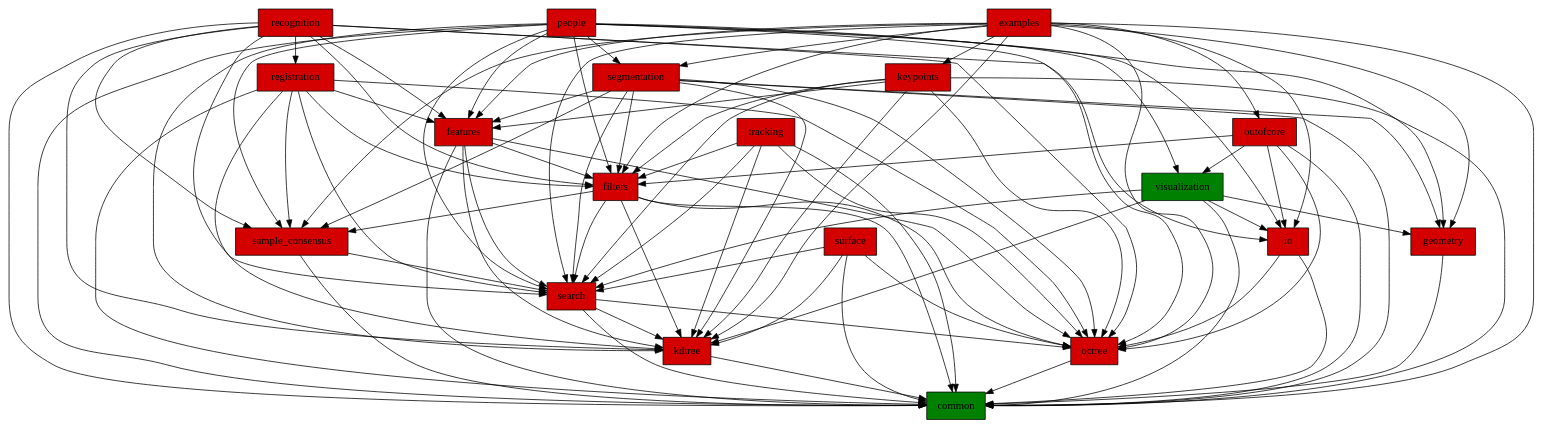
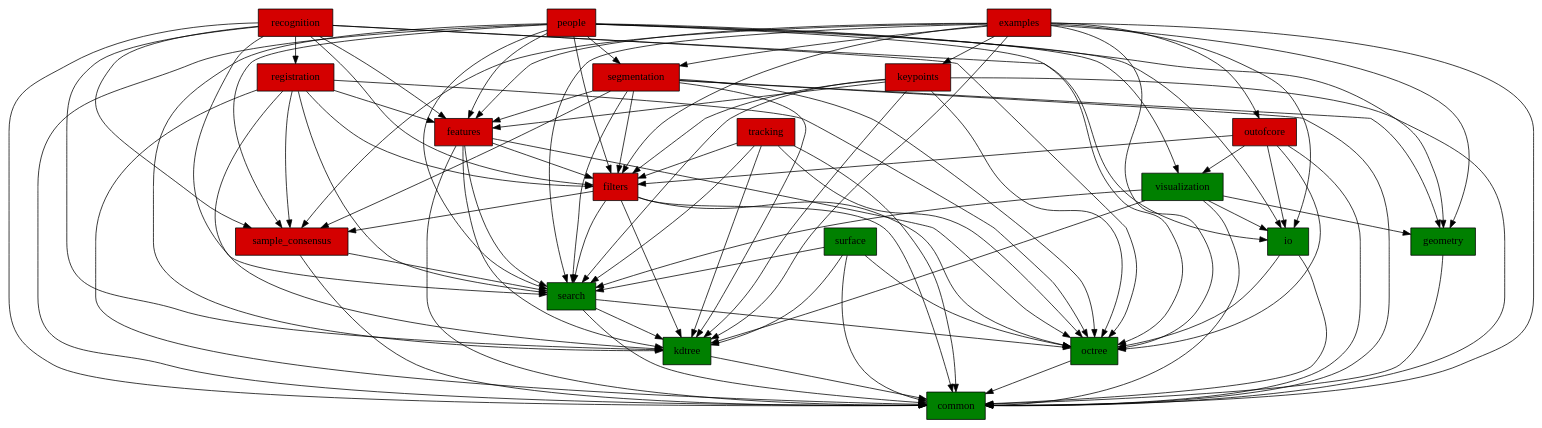
Before and after one commit to madmilla/THO78-Roborescue: the diagram in deps/pcl/src/pcl-pcl-1.7.2/pcl.dot, drawn with Graphviz. The commit also changed 246 other files, not shown here.

```diff
--- a/deps/pcl/src/pcl-pcl-1.7.2/pcl.dot
+++ b/deps/pcl/src/pcl-pcl-1.7.2/pcl.dot
@@ -1,113 +1,113 @@
 digraph pcl {
   "common" [style="filled" fillcolor="#008000" shape="box"];
-   "octree" [style="filled" fillcolor="#D40000" shape="box"];
+   "octree" [style="filled" fillcolor="#008000" shape="box"];
    "octree" -> "common";
-  "io" [style="filled" fillcolor="#D40000" shape="box"];
+  "io" [style="filled" fillcolor="#008000" shape="box"];
    "io" -> "common";
   "io" -> "octree";
-  "kdtree" [style="filled" fillcolor="#D40000" shape="box"];
+  "kdtree" [style="filled" fillcolor="#008000" shape="box"];
    "kdtree" -> "common";
-  "search" [style="filled" fillcolor="#D40000" shape="box"];
+  "search" [style="filled" fillcolor="#008000" shape="box"];
    "search" -> "common";
   "search" -> "kdtree";
   "search" -> "octree";
   "sample_consensus" [style="filled" fillcolor="#D40000" shape="box"];
    "sample_consensus" -> "common";
   "sample_consensus" -> "search";
   "filters" [style="filled" fillcolor="#D40000" shape="box"];
    "filters" -> "common";
   "filters" -> "sample_consensus";
   "filters" -> "search";
   "filters" -> "kdtree";
   "filters" -> "octree";
   "features" [style="filled" fillcolor="#D40000" shape="box"];
    "features" -> "common";
   "features" -> "search";
   "features" -> "kdtree";
   "features" -> "octree";
   "features" -> "filters";
   "registration" [style="filled" fillcolor="#D40000" shape="box"];
    "registration" -> "common";
   "registration" -> "octree";
   "registration" -> "kdtree";
   "registration" -> "search";
   "registration" -> "sample_consensus";
   "registration" -> "features";
   "registration" -> "filters";
   "recognition" [style="filled" fillcolor="#D40000" shape="box"];
    "recognition" -> "common";
   "recognition" -> "io";
   "recognition" -> "search";
   "recognition" -> "kdtree";
   "recognition" -> "octree";
   "recognition" -> "features";
   "recognition" -> "filters";
   "recognition" -> "registration";
   "recognition" -> "sample_consensus";
-  "geometry" [style="filled" fillcolor="#D40000" shape="box"];
+  "geometry" [style="filled" fillcolor="#008000" shape="box"];
    "geometry" -> "common";
   "segmentation" [style="filled" fillcolor="#D40000" shape="box"];
    "segmentation" -> "common";
   "segmentation" -> "geometry";
   "segmentation" -> "search";
   "segmentation" -> "sample_consensus";
   "segmentation" -> "kdtree";
   "segmentation" -> "octree";
   "segmentation" -> "features";
   "segmentation" -> "filters";
   "visualization" [style="filled" fillcolor="#008000" shape="box"];
    "visualization" -> "common";
   "visualization" -> "io";
   "visualization" -> "kdtree";
   "visualization" -> "geometry";
   "visualization" -> "search";
-  "surface" [style="filled" fillcolor="#D40000" shape="box"];
+  "surface" [style="filled" fillcolor="#008000" shape="box"];
    "surface" -> "common";
   "surface" -> "search";
   "surface" -> "kdtree";
   "surface" -> "octree";
   "keypoints" [style="filled" fillcolor="#D40000" shape="box"];
    "keypoints" -> "common";
   "keypoints" -> "search";
   "keypoints" -> "kdtree";
   "keypoints" -> "octree";
   "keypoints" -> "features";
   "keypoints" -> "filters";
   "tracking" [style="filled" fillcolor="#D40000" shape="box"];
    "tracking" -> "common";
   "tracking" -> "search";
   "tracking" -> "kdtree";
   "tracking" -> "filters";
   "tracking" -> "octree";
   "people" [style="filled" fillcolor="#D40000" shape="box"];
    "people" -> "common";
   "people" -> "kdtree";
   "people" -> "search";
   "people" -> "features";
   "people" -> "sample_consensus";
   "people" -> "filters";
   "people" -> "io";
   "people" -> "visualization";
   "people" -> "geometry";
   "people" -> "segmentation";
   "people" -> "octree";
   "outofcore" [style="filled" fillcolor="#D40000" shape="box"];
    "outofcore" -> "common";
   "outofcore" -> "io";
   "outofcore" -> "filters";
   "outofcore" -> "octree";
   "outofcore" -> "visualization";
   "examples" [style="filled" fillcolor="#D40000" shape="box"];
    "examples" -> "common";
   "examples" -> "io";
   "examples" -> "features";
   "examples" -> "search";
   "examples" -> "kdtree";
   "examples" -> "octree";
   "examples" -> "filters";
   "examples" -> "keypoints";
   "examples" -> "segmentation";
   "examples" -> "sample_consensus";
   "examples" -> "outofcore";
   "examples" -> "geometry";
 }
```
